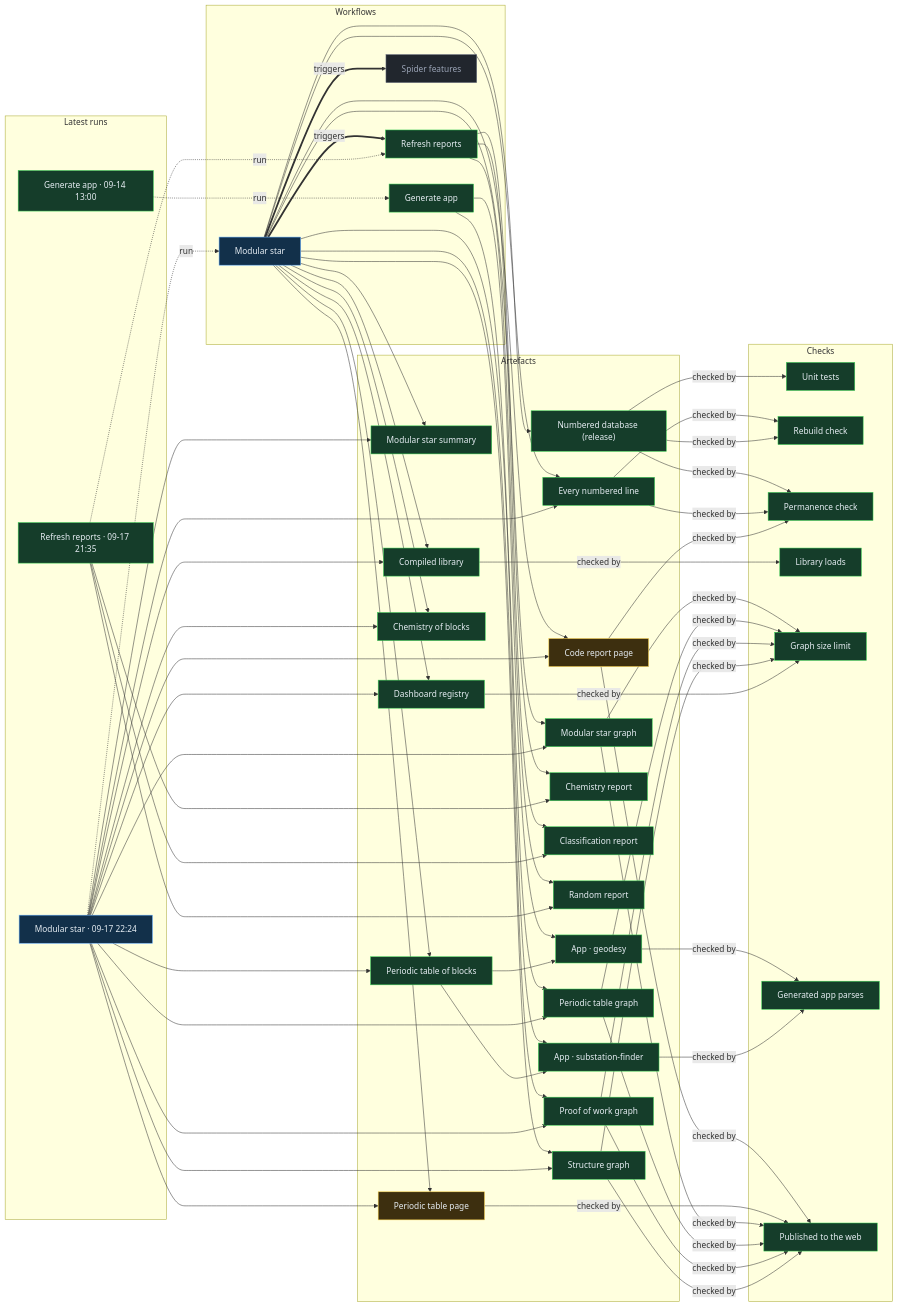
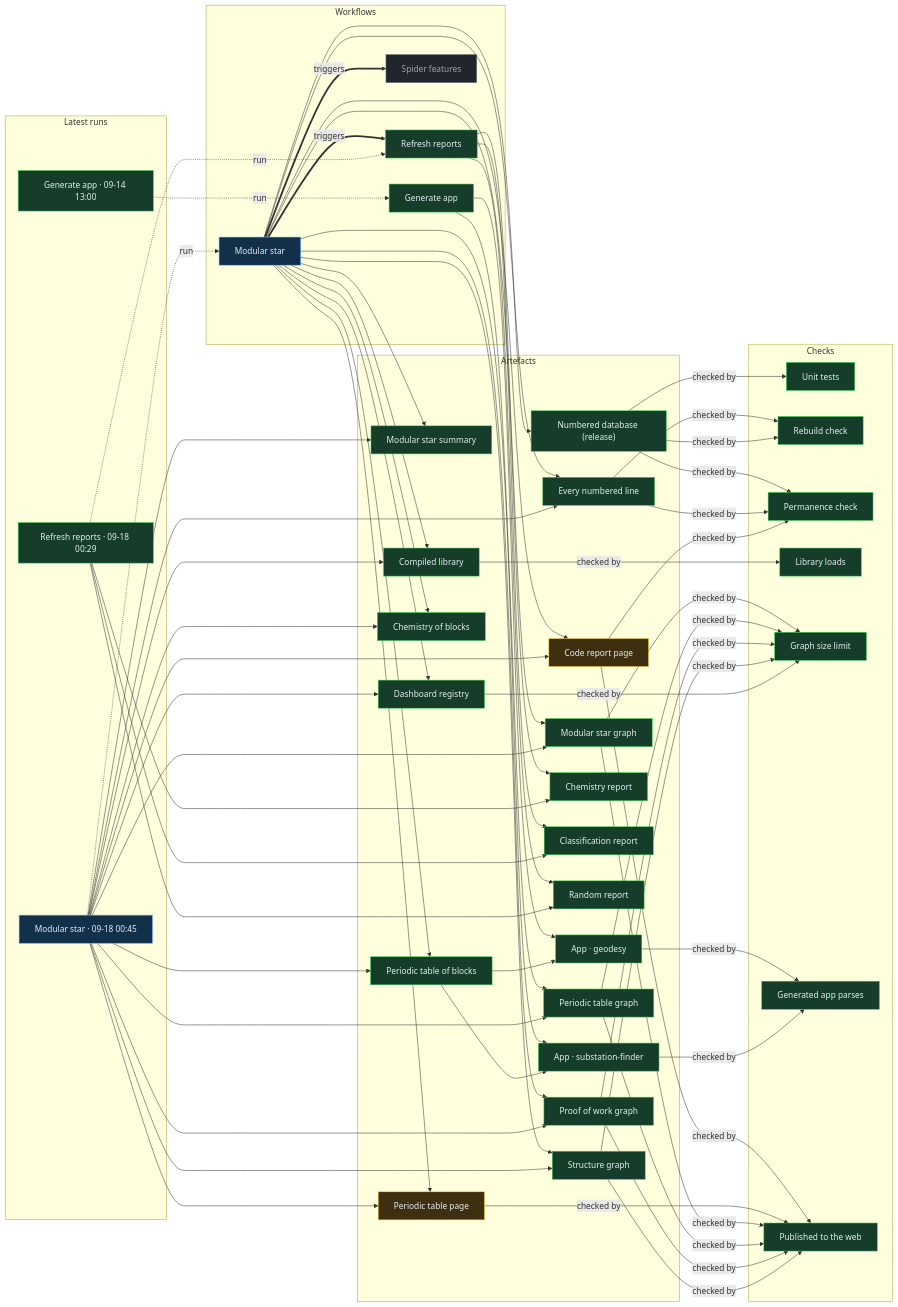
One commit to Ventusltd/stars changed the diagram in proof/PROOF.md. Above: the diagram before and after it, drawn with Mermaid. The commit also changed other lines of this file and 37 other files, not shown here.

Commit message:
Modular star 2026-09-18T00:47Z

```diff
--- a/proof/PROOF.md
+++ b/proof/PROOF.md
@@ -24,8 +24,8 @@
   n_wf_spider_features["Spider features"]:::off
   end
   subgraph g_runs["Latest runs"]
-  n_run_35281863269["Modular star · 09-17 22:24"]:::live
-  n_run_35277533346["Refresh reports · 09-17 21:35"]:::ok
+  n_run_35292495581["Modular star · 09-18 00:45"]:::live
+  n_run_35291434740["Refresh reports · 09-18 00:29"]:::ok
   n_run_34846587798["Generate app · 09-14 13:00"]:::ok
   end
   subgraph g_artefacts["Artefacts"]
@@ -59,39 +59,39 @@
   end
   n_wf_modular_star == triggers ==> n_wf_refresh
   n_wf_modular_star == triggers ==> n_wf_spider_features
-  n_run_35281863269 -. run .-> n_wf_modular_star
-  n_run_35277533346 -. run .-> n_wf_refresh
+  n_run_35292495581 -. run .-> n_wf_modular_star
+  n_run_35291434740 -. run .-> n_wf_refresh
   n_run_34846587798 -. run .-> n_wf_generate
   n_wf_modular_star --> n_art_summary
-  n_run_35281863269 --> n_art_summary
+  n_run_35292495581 --> n_art_summary
   n_wf_modular_star --> n_art_lines
-  n_run_35281863269 --> n_art_lines
+  n_run_35292495581 --> n_art_lines
   n_wf_modular_star --> n_art_code
-  n_run_35281863269 --> n_art_code
+  n_run_35292495581 --> n_art_code
   n_wf_modular_star --> n_art_modular_graph
-  n_run_35281863269 --> n_art_modular_graph
+  n_run_35292495581 --> n_art_modular_graph
   n_wf_modular_star --> n_art_blocks
-  n_run_35281863269 --> n_art_blocks
+  n_run_35292495581 --> n_art_blocks
   n_wf_modular_star --> n_art_table
-  n_run_35281863269 --> n_art_table
+  n_run_35292495581 --> n_art_table
   n_wf_modular_star --> n_art_blocks_graph
-  n_run_35281863269 --> n_art_blocks_graph
+  n_run_35292495581 --> n_art_blocks_graph
   n_wf_modular_star --> n_art_reactions
-  n_run_35281863269 --> n_art_reactions
+  n_run_35292495581 --> n_art_reactions
   n_wf_modular_star --> n_art_library
-  n_run_35281863269 --> n_art_library
+  n_run_35292495581 --> n_art_library
   n_wf_modular_star --> n_art_features
-  n_run_35281863269 --> n_art_features
+  n_run_35292495581 --> n_art_features
   n_wf_modular_star --> n_art_proof
-  n_run_35281863269 --> n_art_proof
+  n_run_35292495581 --> n_art_proof
   n_wf_modular_star --> n_art_structure
-  n_run_35281863269 --> n_art_structure
+  n_run_35292495581 --> n_art_structure
   n_wf_refresh --> n_art_chemistry
-  n_run_35277533346 --> n_art_chemistry
+  n_run_35291434740 --> n_art_chemistry
   n_wf_refresh --> n_art_vedic
-  n_run_35277533346 --> n_art_vedic
+  n_run_35291434740 --> n_art_vedic
   n_wf_refresh --> n_art_random
-  n_run_35277533346 --> n_art_random
+  n_run_35291434740 --> n_art_random
   n_wf_modular_star --> n_art_release
   n_wf_generate --> n_app_geodesy
   n_art_blocks --> n_app_geodesy
```
